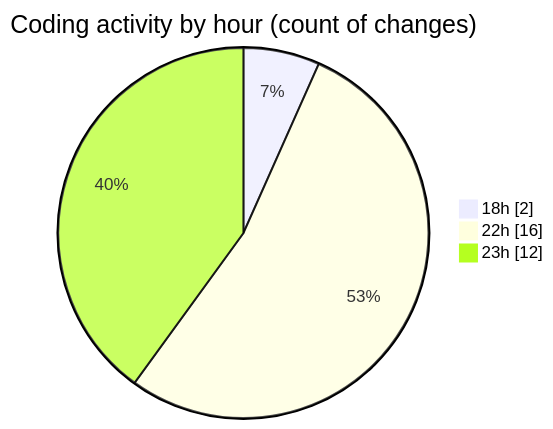
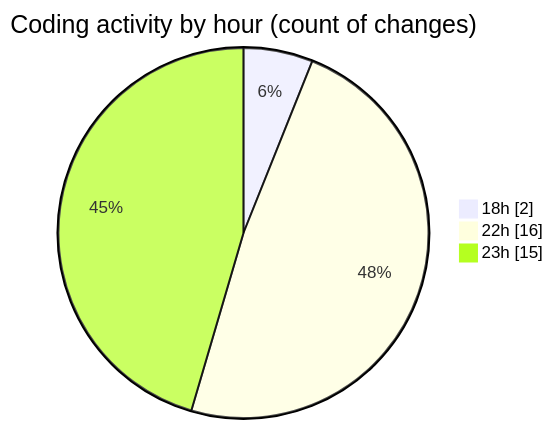
The second of 2 diagrams in 2025-11-17/cdp_aleoudev_fr__workspace_/README.md (julien-gomy/code-tracking), drawn with Mermaid before and after one commit. The commit also changed other lines of this file and 1 other file, not shown here.

````diff
--- a/2025-11-17/cdp_aleoudev_fr__workspace_/README.md
+++ b/2025-11-17/cdp_aleoudev_fr__workspace_/README.md
@@ -38,7 +41,7 @@
 ```mermaid
 pie showData
 title Coding activity by hour (count of changes)
 "18h" : 2
 "22h" : 16
-"23h" : 12
+"23h" : 15
 ```
````
